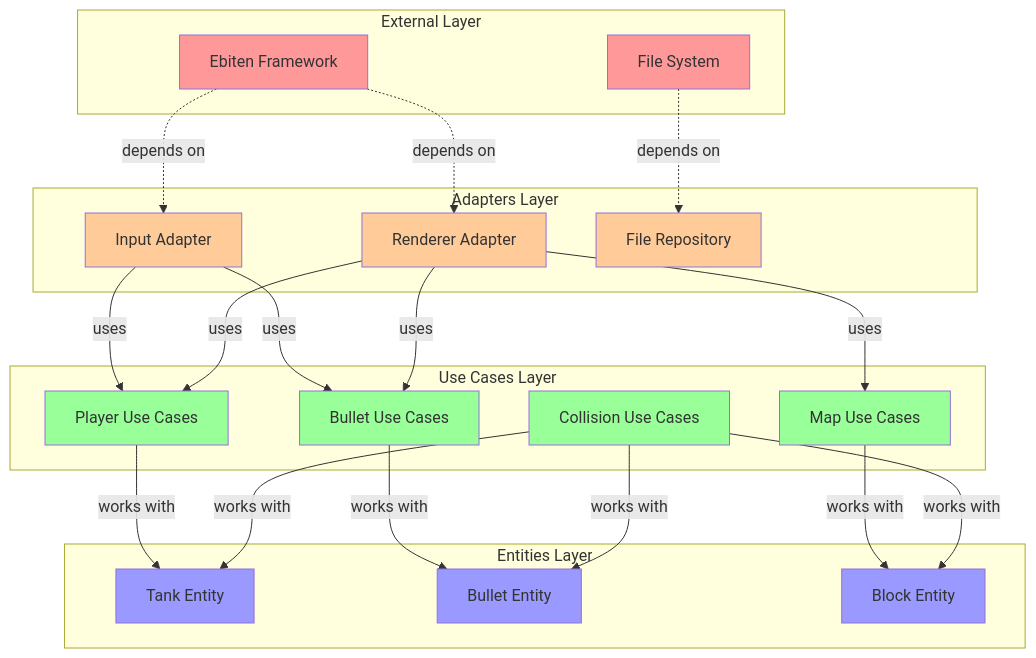
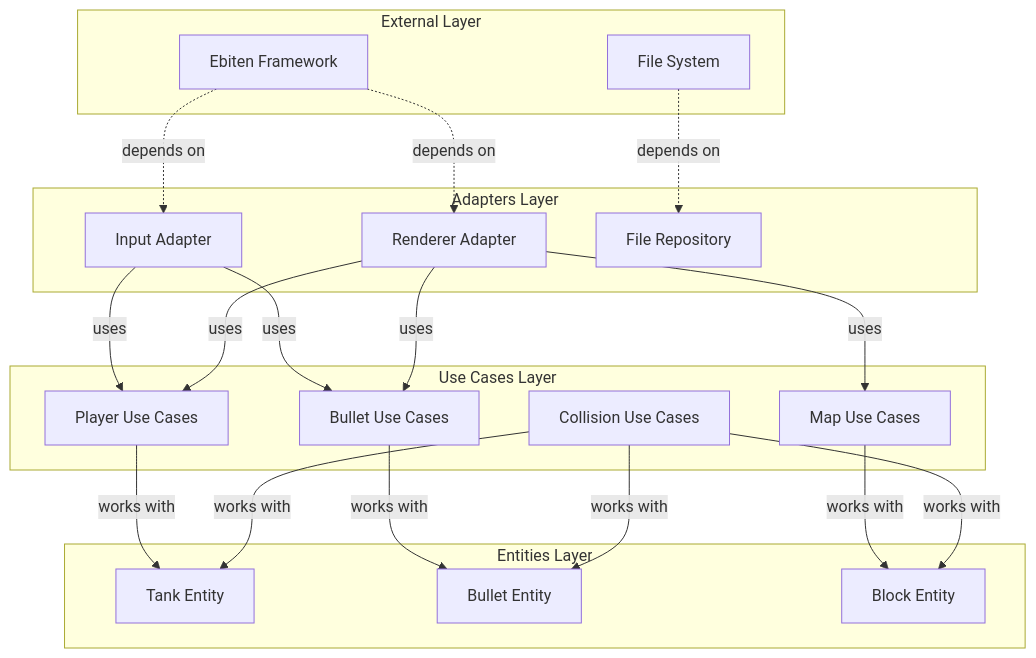
One commit to shpaker/tnk9x changed the fourth of 5 diagrams in README.md. Above: the diagram before and after it, drawn with Mermaid. The commit also changed other lines of this file, not shown here.

````diff
--- a/README.md
+++ b/README.md
@@ -197,56 +178,43 @@
 ```mermaid
 graph TD
     subgraph "External Layer"
         Ebiten[Ebiten Framework]
         Files[File System]
     end
     
     subgraph "Adapters Layer"
         InputA[Input Adapter]
         RenderA[Renderer Adapter]
         FileRepo[File Repository]
     end
     
     subgraph "Use Cases Layer"
         PlayerUC[Player Use Cases]
         BulletUC[Bullet Use Cases]
         MapUC[Map Use Cases]
         CollisionUC[Collision Use Cases]
     end
     
     subgraph "Entities Layer"
         Tank[Tank Entity]
         Bullet[Bullet Entity]
         Block[Block Entity]
     end
     
     Ebiten -.->|depends on| InputA
     Ebiten -.->|depends on| RenderA
     Files -.->|depends on| FileRepo
     
     InputA -->|uses| PlayerUC
     InputA -->|uses| BulletUC
     RenderA -->|uses| PlayerUC
     RenderA -->|uses| BulletUC
     RenderA -->|uses| MapUC
     
     PlayerUC -->|works with| Tank
     BulletUC -->|works with| Bullet
     MapUC -->|works with| Block
     CollisionUC -->|works with| Tank
     CollisionUC -->|works with| Bullet
     CollisionUC -->|works with| Block
-    
-    style Ebiten fill:#ff9999
-    style Files fill:#ff9999
-    style InputA fill:#ffcc99
-    style RenderA fill:#ffcc99
-    style FileRepo fill:#ffcc99
-    style PlayerUC fill:#99ff99
-    style BulletUC fill:#99ff99
-    style MapUC fill:#99ff99
-    style CollisionUC fill:#99ff99
-    style Tank fill:#9999ff
-    style Bullet fill:#9999ff
-    style Block fill:#9999ff
 ```
````
